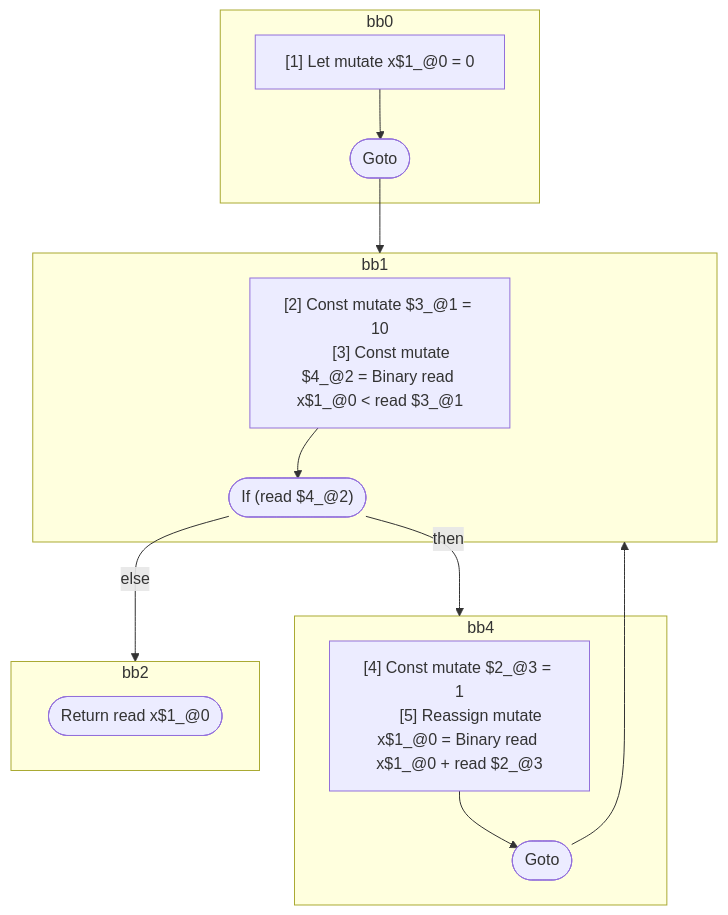
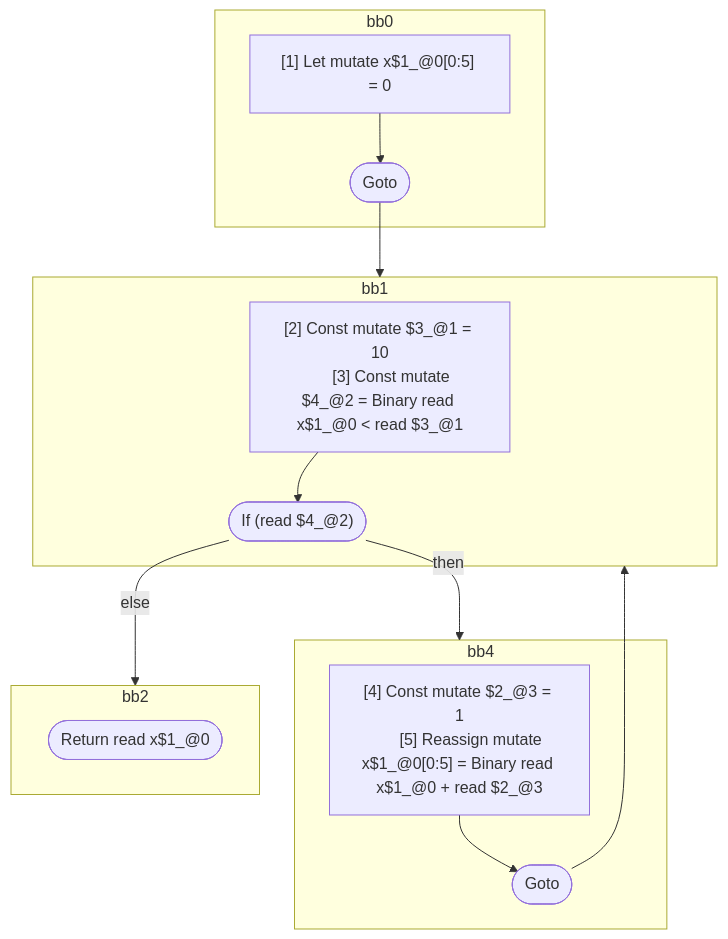
The diagram in compiler/forget/src/__tests__/fixtures/hir/ssa-for.expect.md (wutsmog/private), drawn with Mermaid before and after one commit. The commit also changed other lines of this file and 33 other files, not shown here.

````diff
--- a/compiler/forget/src/__tests__/fixtures/hir/ssa-for.expect.md
+++ b/compiler/forget/src/__tests__/fixtures/hir/ssa-for.expect.md
@@ -38,34 +38,34 @@
 ```mermaid
 flowchart TB
   %% Basic Blocks
   subgraph bb0
     bb0_instrs["
-      [1] Let mutate x$1_@0 = 0
+      [1] Let mutate x$1_@0[0:5] = 0
     "]
     bb0_instrs --> bb0_terminal(["Goto"])
   end
   subgraph bb1
     bb1_instrs["
       [2] Const mutate $3_@1 = 10
       [3] Const mutate $4_@2 = Binary read x$1_@0 < read $3_@1
     "]
     bb1_instrs --> bb1_terminal(["If (read $4_@2)"])
   end
   subgraph bb4
     bb4_instrs["
       [4] Const mutate $2_@3 = 1
-      [5] Reassign mutate x$1_@0 = Binary read x$1_@0 + read $2_@3
+      [5] Reassign mutate x$1_@0[0:5] = Binary read x$1_@0 + read $2_@3
     "]
     bb4_instrs --> bb4_terminal(["Goto"])
   end
   subgraph bb2
     bb2_terminal(["Return read x$1_@0"])
   end
 
   %% Jumps
   bb0_terminal --> bb1
   bb1_terminal -- then --> bb4
   bb1_terminal -- else --> bb2
   bb4_terminal --> bb1
 
 ```
````
